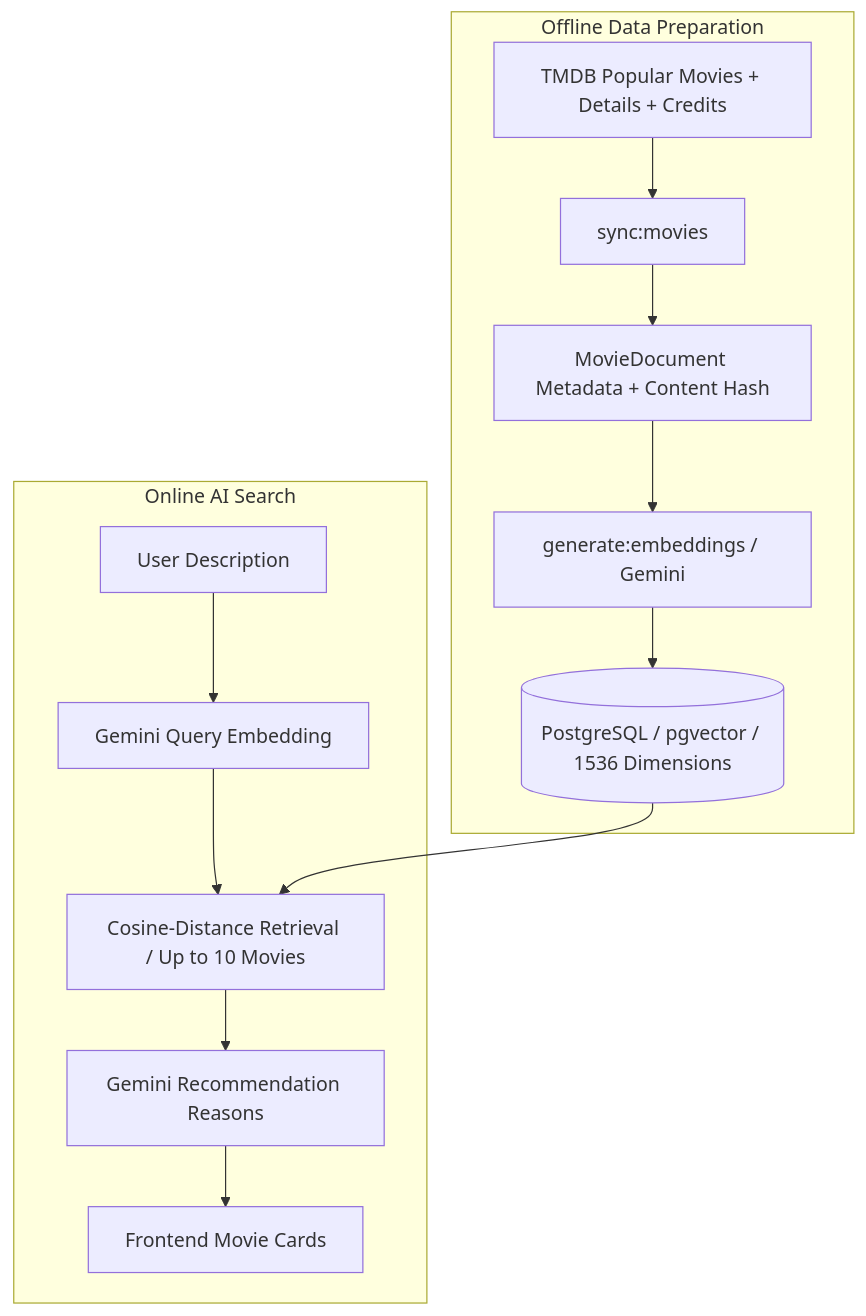
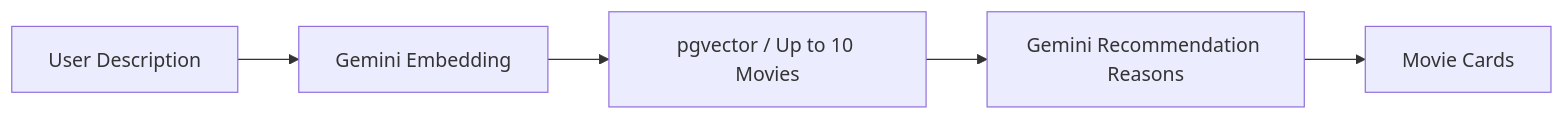
One commit to a1919727/movie-db changed the second of 2 diagrams in README.md. Above: the diagram before and after it, drawn with Mermaid. The commit also changed other lines of this file, not shown here.

Commit message:
docs: simplify RAG Movie Search part

````diff
--- a/README.md
+++ b/README.md
@@ -80,16 +79,7 @@
 ```mermaid
-flowchart TD
-    subgraph Preparation[Offline Data Preparation]
-        T[TMDB Popular Movies + Details + Credits] --> S[sync:movies]
-        S --> D[MovieDocument Metadata + Content Hash]
-        D --> E[generate:embeddings / Gemini]
-        E --> V[(PostgreSQL / pgvector / 1536 Dimensions)]
-    end
-    subgraph Search[Online AI Search]
-        Q[User Description] --> QE[Gemini Query Embedding]
-        QE --> R[Cosine-Distance Retrieval / Up to 10 Movies]
-        R --> G[Gemini Recommendation Reasons]
-        G --> U[Frontend Movie Cards]
-    end
-    V --> R
+flowchart LR
+    Q[User Description] --> E[Gemini Embedding]
+    E --> R[pgvector / Up to 10 Movies]
+    R --> G[Gemini Recommendation Reasons]
+    G --> U[Movie Cards]
 ```
````
